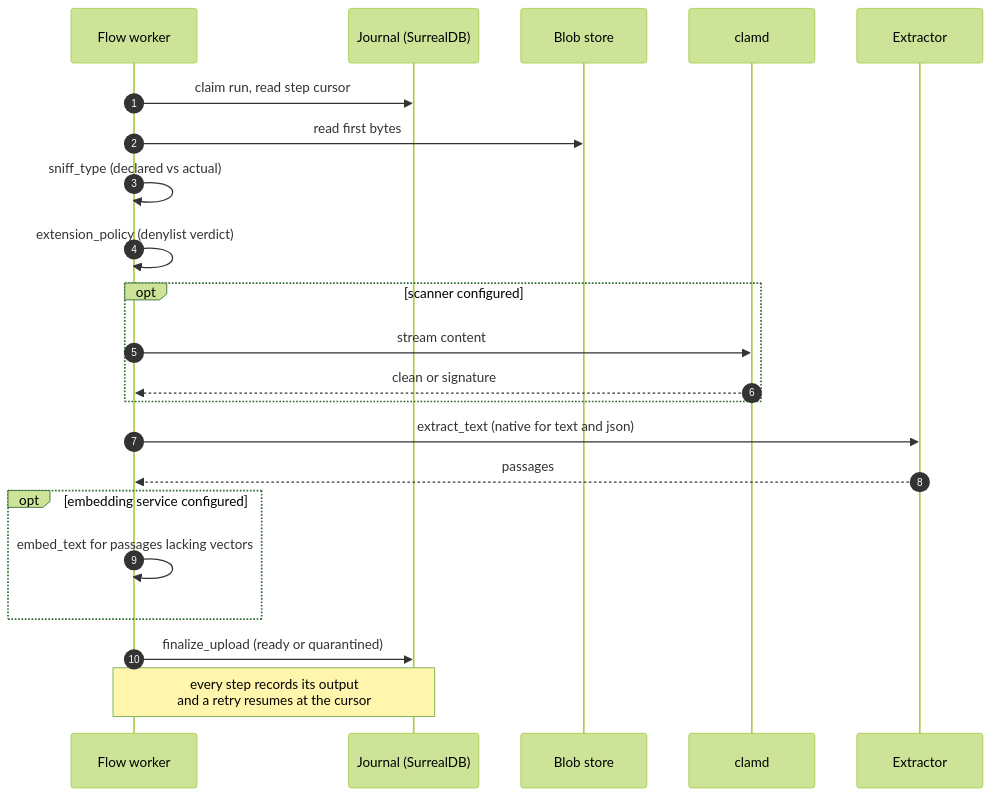
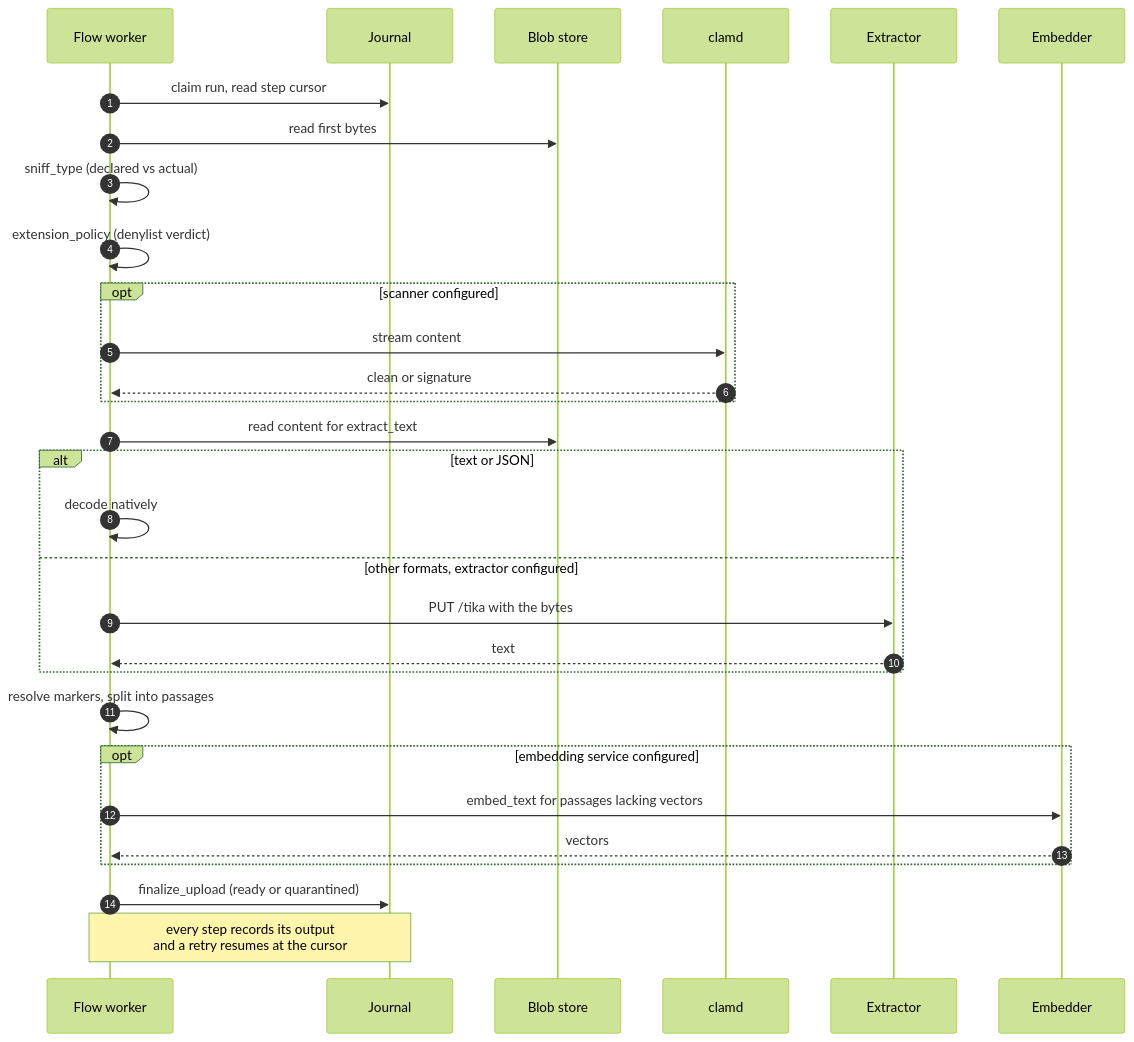
One commit to Oneiriq/copal changed the second of 7 diagrams in docs/sequences.md. Above: the diagram before and after it, drawn with Mermaid (forest theme). The commit also changed other lines of this file and 33 other files, not shown here.

````diff
--- a/docs/sequences.md
+++ b/docs/sequences.md
@@ -56,25 +56,33 @@
 ```mermaid
 sequenceDiagram
     autonumber
     participant W as Flow worker
-    participant J as Journal (SurrealDB)
+    participant J as Journal
     participant B as Blob store
     participant AV as clamd
     participant X as Extractor
+    participant E as Embedder
 
     W->>J: claim run, read step cursor
     W->>B: read first bytes
     W->>W: sniff_type (declared vs actual)
     W->>W: extension_policy (denylist verdict)
     opt scanner configured
         W->>AV: stream content
         AV-->>W: clean or signature
     end
-    W->>X: extract_text (native for text and json)
-    X-->>W: passages
+    W->>B: read content for extract_text
+    alt text or JSON
+        W->>W: decode natively
+    else other formats, extractor configured
+        W->>X: PUT /tika with the bytes
+        X-->>W: text
+    end
+    W->>W: resolve markers, split into passages
     opt embedding service configured
-        W->>W: embed_text for passages lacking vectors
+        W->>E: embed_text for passages lacking vectors
+        E-->>W: vectors
     end
     W->>J: finalize_upload (ready or quarantined)
     Note over W,J: every step records its output<br/>and a retry resumes at the cursor
 ```
````
